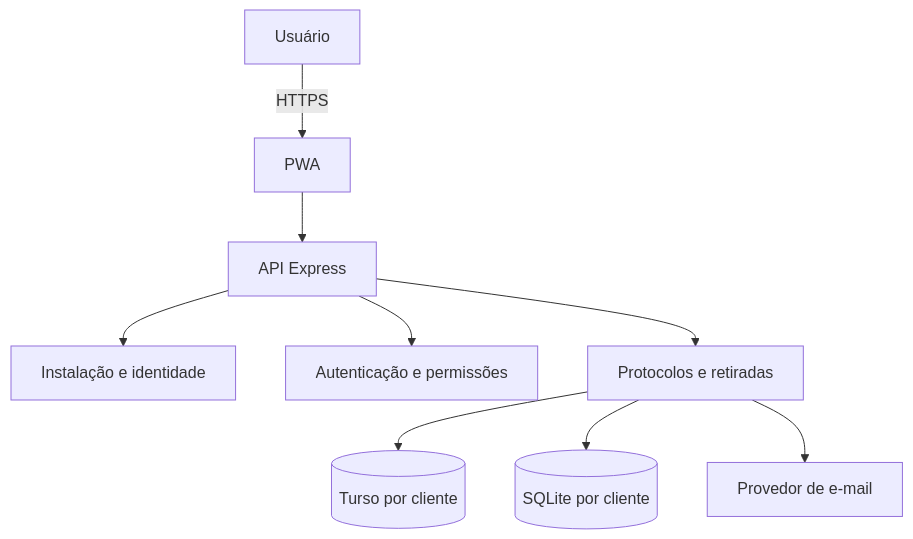
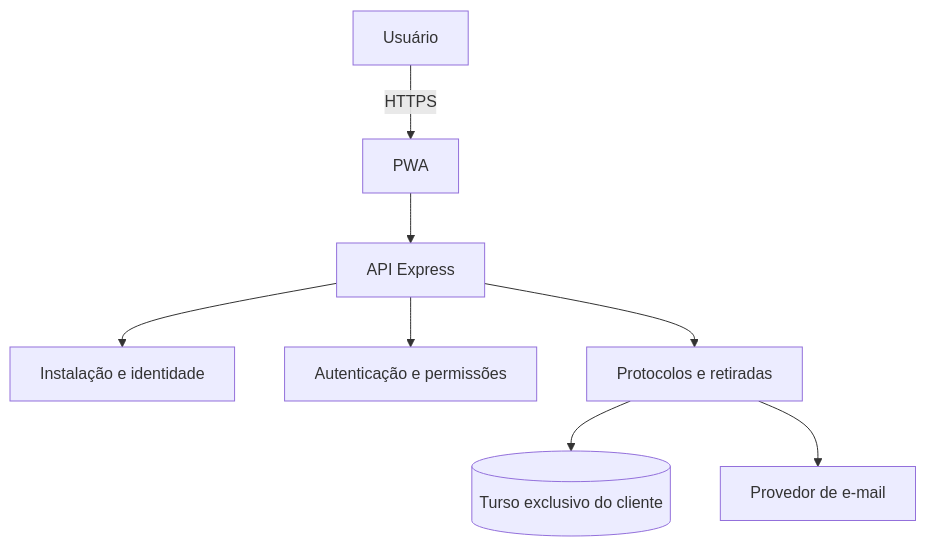
The first of 2 diagrams in docs/ARQUITETURA.md (zztrevisan/protovia), drawn with Mermaid before and after one commit. The commit also changed other lines of this file and 7 other files, not shown here.

````diff
--- a/docs/ARQUITETURA.md
+++ b/docs/ARQUITETURA.md
@@ -7,11 +7,10 @@
 ```mermaid
 flowchart TB
     U[Usuário] -->|HTTPS| P[PWA]
     P --> A[API Express]
     A --> I[Instalação e identidade]
     A --> R[Autenticação e permissões]
     A --> N[Protocolos e retiradas]
-    N --> T[(Turso por cliente)]
-    N --> S[(SQLite por cliente)]
+    N --> T[(Turso exclusivo do cliente)]
     N --> M[Provedor de e-mail]
 ```
````
